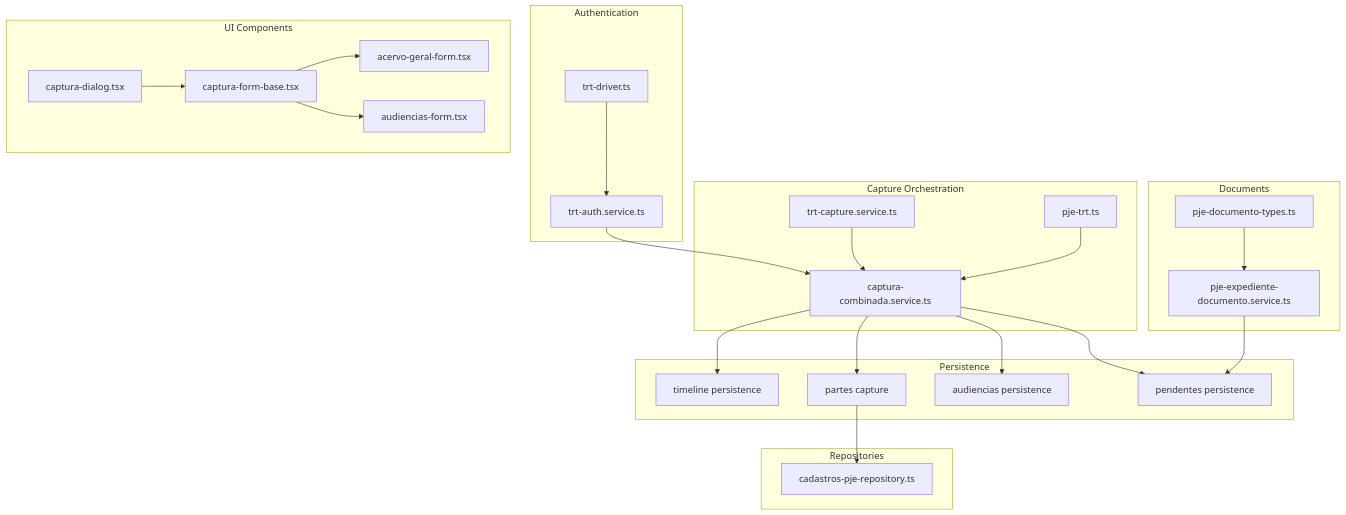
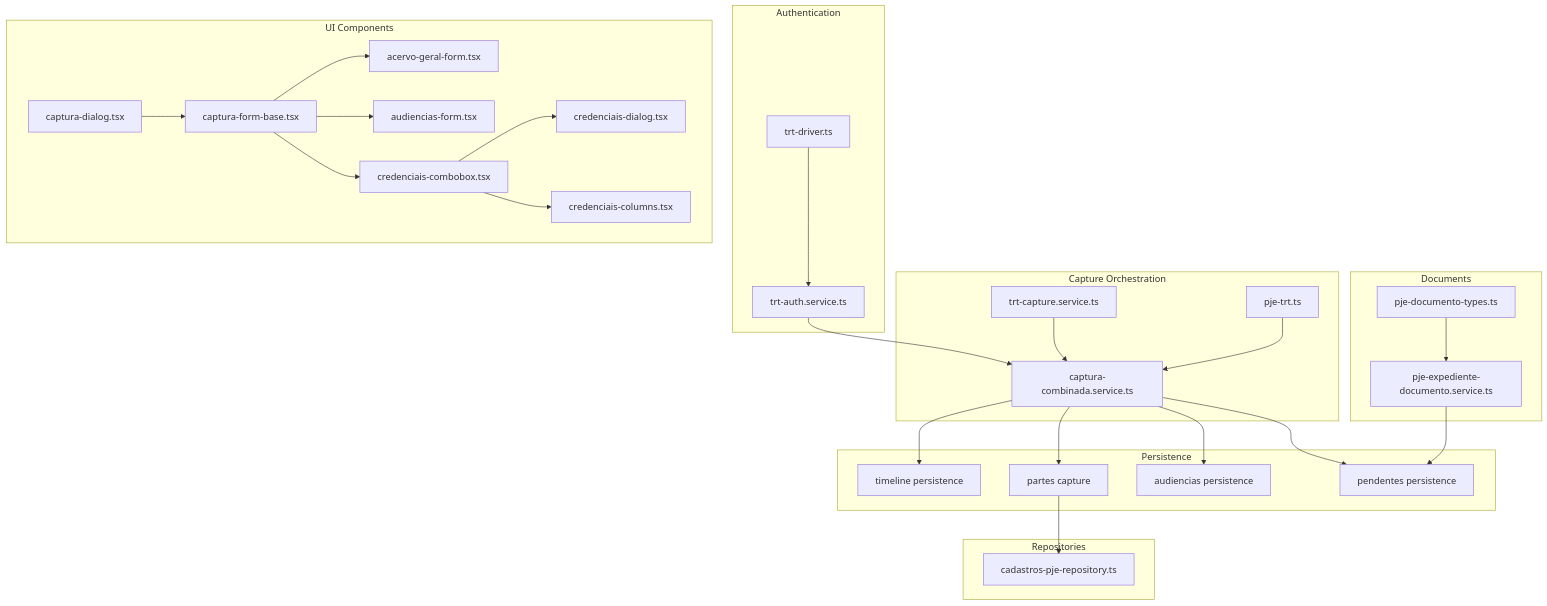
Before and after one commit to SinesysTech/zattar-os: the first of 14 diagrams in .qoder/repowiki/en/content/Legal Process Management System/Automated Data Capture from PJE-TRT Systems/Automated Data Capture from PJE-TRT Systems.md, drawn with Mermaid. The commit also changed other lines of this file and 3 other files, not shown here.

````diff
--- a/.qoder/repowiki/en/content/Legal Process Management System/Automated Data Capture from PJE-TRT Systems/Automated Data Capture from PJE-TRT Systems.md
+++ b/.qoder/repowiki/en/content/Legal Process Management System/Automated Data Capture from PJE-TRT Systems/Automated Data Capture from PJE-TRT Systems.md
@@ -54,45 +59,51 @@
 ```mermaid
 graph TB
 subgraph "Authentication"
 AUTH["trt-auth.service.ts"]
 DRIVER["trt-driver.ts"]
 end
 subgraph "Capture Orchestration"
 COMB["captura-combinada.service.ts"]
 CAPTURE_TYPES["trt-capture.service.ts"]
 PJE_TYPES["pje-trt.ts"]
 end
 subgraph "UI Components"
 DIALOG["captura-dialog.tsx"]
 FORMBASE["captura-form-base.tsx"]
 ACERVO["acervo-geral-form.tsx"]
 AUDIENCIAS["audiencias-form.tsx"]
+CRED_COMB["credenciais-combobox.tsx"]
+CRED_DIALOG["credenciais-dialog.tsx"]
+CRED_COLUMNS["credenciais-columns.tsx"]
 end
 subgraph "Persistence"
 TIMELINE["timeline persistence"]
 PARTES["partes capture"]
 AUDIENCIAS_PERSIST["audiencias persistence"]
 EXPEDIENTES["pendentes persistence"]
 end
 subgraph "Documents"
 DOC_SERVICE["pje-expediente-documento.service.ts"]
 DOC_TYPES["pje-documento-types.ts"]
 end
 subgraph "Repositories"
 CAD_PJE["cadastros-pje-repository.ts"]
 end
 DRIVER --> AUTH
 AUTH --> COMB
 CAPTURE_TYPES --> COMB
 PJE_TYPES --> COMB
 COMB --> TIMELINE
 COMB --> PARTES
 COMB --> AUDIENCIAS_PERSIST
 COMB --> EXPEDIENTES
 DIALOG --> FORMBASE
 FORMBASE --> ACERVO
 FORMBASE --> AUDIENCIAS
+FORMBASE --> CRED_COMB
+CRED_COMB --> CRED_DIALOG
+CRED_COMB --> CRED_COLUMNS
 PARTES --> CAD_PJE
 DOC_SERVICE --> EXPEDIENTES
 DOC_TYPES --> DOC_SERVICE
 ```
````
